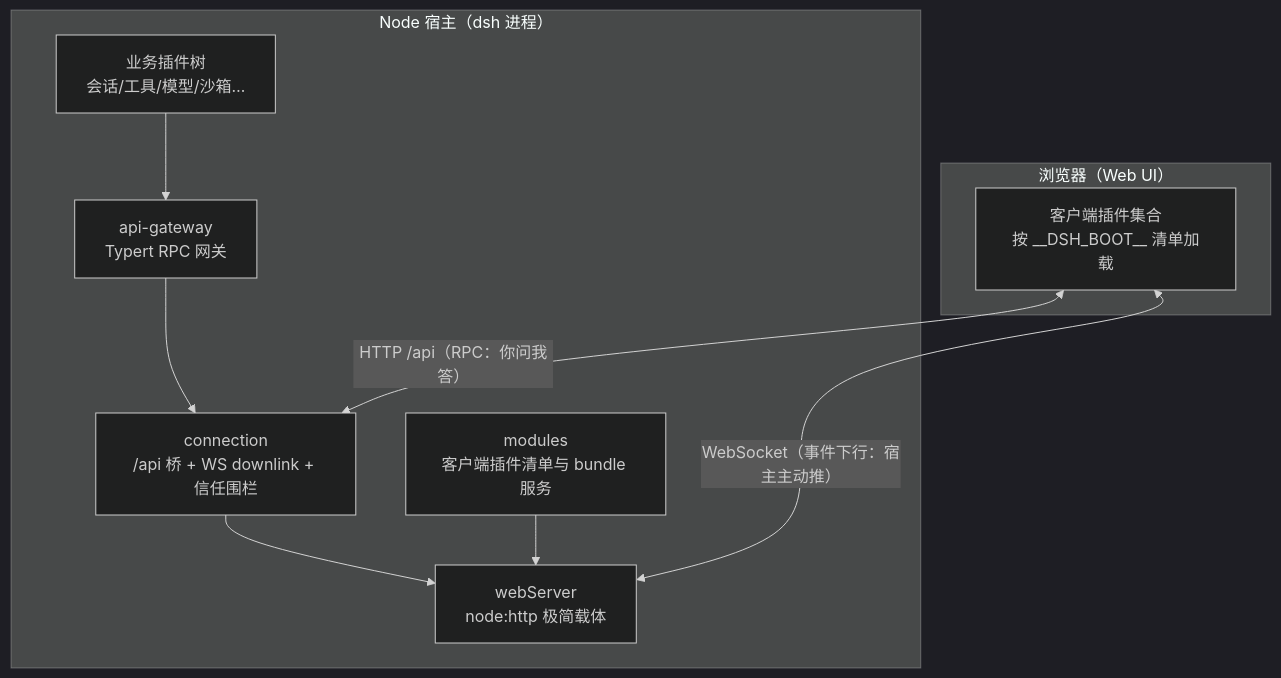
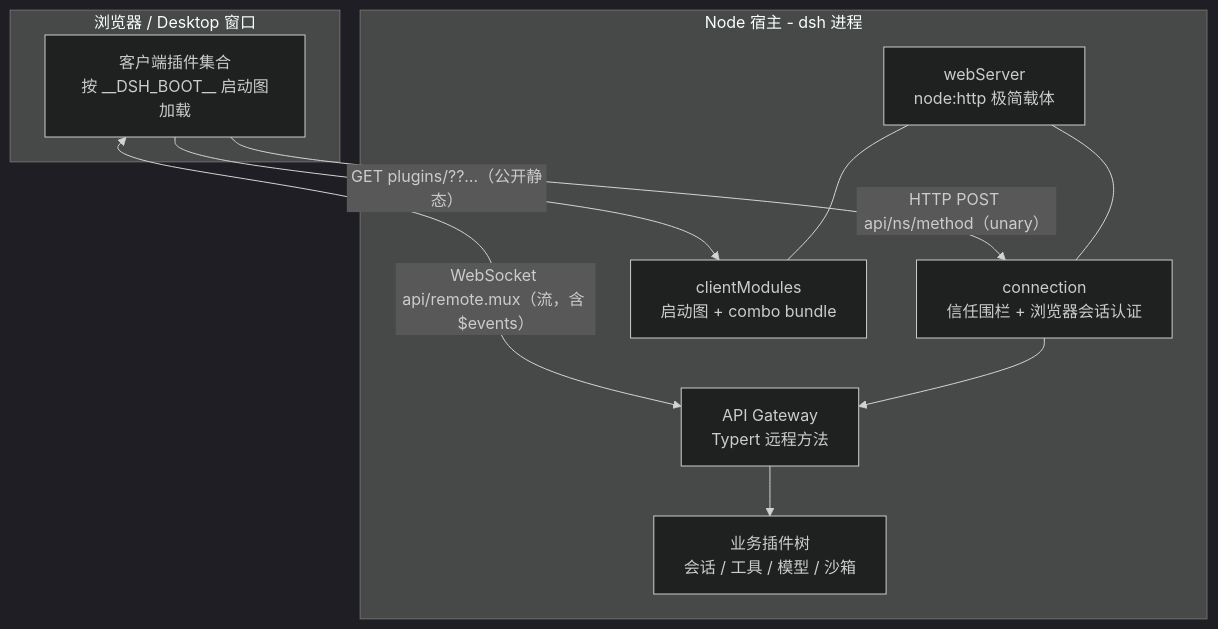
The first of 3 diagrams in 11-Web前端与宿主通信.md (vinthuy/deepseek-harness-book), drawn with Mermaid (dark theme) before and after one commit. The commit also changed other lines of this file and 24 other files, not shown here.

````diff
--- a/11-Web前端与宿主通信.md
+++ b/11-Web前端与宿主通信.md
@@ -20,19 +20,20 @@
 ```mermaid
 flowchart TB
-    subgraph Browser[浏览器（Web UI）]
-        UI[客户端插件集合<br/>按 __DSH_BOOT__ 清单加载]
+    subgraph Browser[浏览器 / Desktop 窗口]
+        UI[客户端插件集合<br/>按 __DSH_BOOT__ 启动图加载]
     end
-    subgraph Host[Node 宿主（dsh 进程）]
+    subgraph Host[Node 宿主 - dsh 进程]
         WS[webServer<br/>node:http 极简载体]
-        CONN[connection<br/>/api 桥 + WS downlink + 信任围栏]
-        MOD[modules<br/>客户端插件清单与 bundle 服务]
-        GW[api-gateway<br/>Typert RPC 网关]
-        BIZ[业务插件树<br/>会话/工具/模型/沙箱…]
+        CONN[connection<br/>信任围栏 + 浏览器会话认证]
+        MOD[clientModules<br/>启动图 + combo bundle]
+        GW[API Gateway<br/>Typert 远程方法]
+        BIZ[业务插件树<br/>会话 / 工具 / 模型 / 沙箱]
     end
-    UI <-->|"HTTP /api（RPC：你问我答）"| CONN
-    WS <-->|"WebSocket（事件下行：宿主主动推）"| UI
-    CONN --> WS
-    MOD --> WS
-    GW --> CONN
-    BIZ --> GW
+    UI -->|"HTTP POST api/ns/method（unary）"| CONN
+    UI <-->|"WebSocket api/remote.mux（流，含 $events）"| GW
+    UI -->|"GET plugins/??…（公开静态）"| MOD
+    CONN --> GW
+    WS --- CONN
+    WS --- MOD
+    GW --> BIZ
 ```
````
